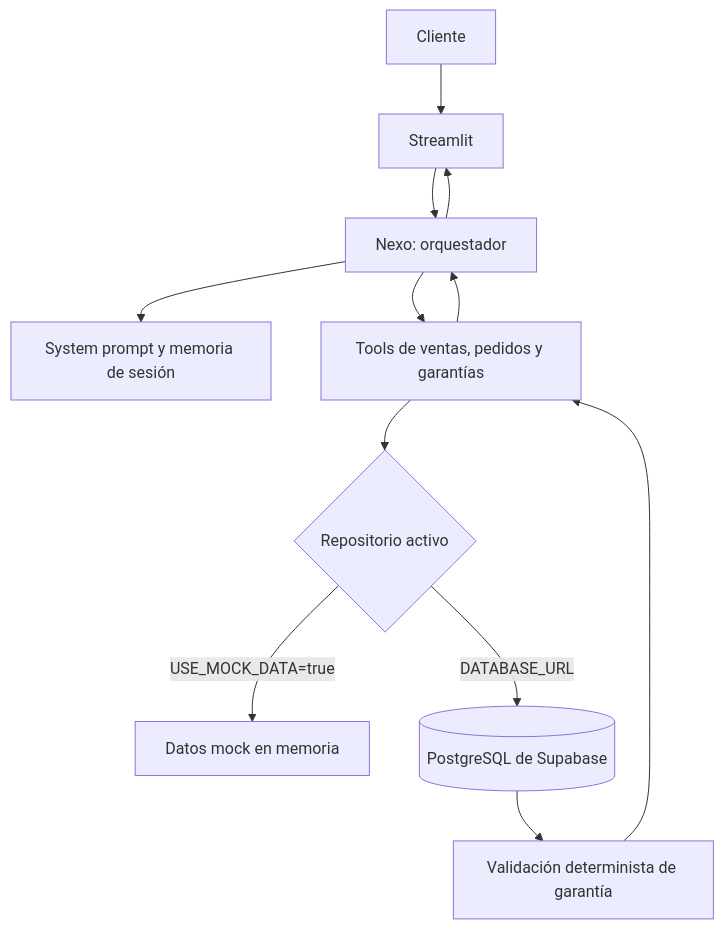
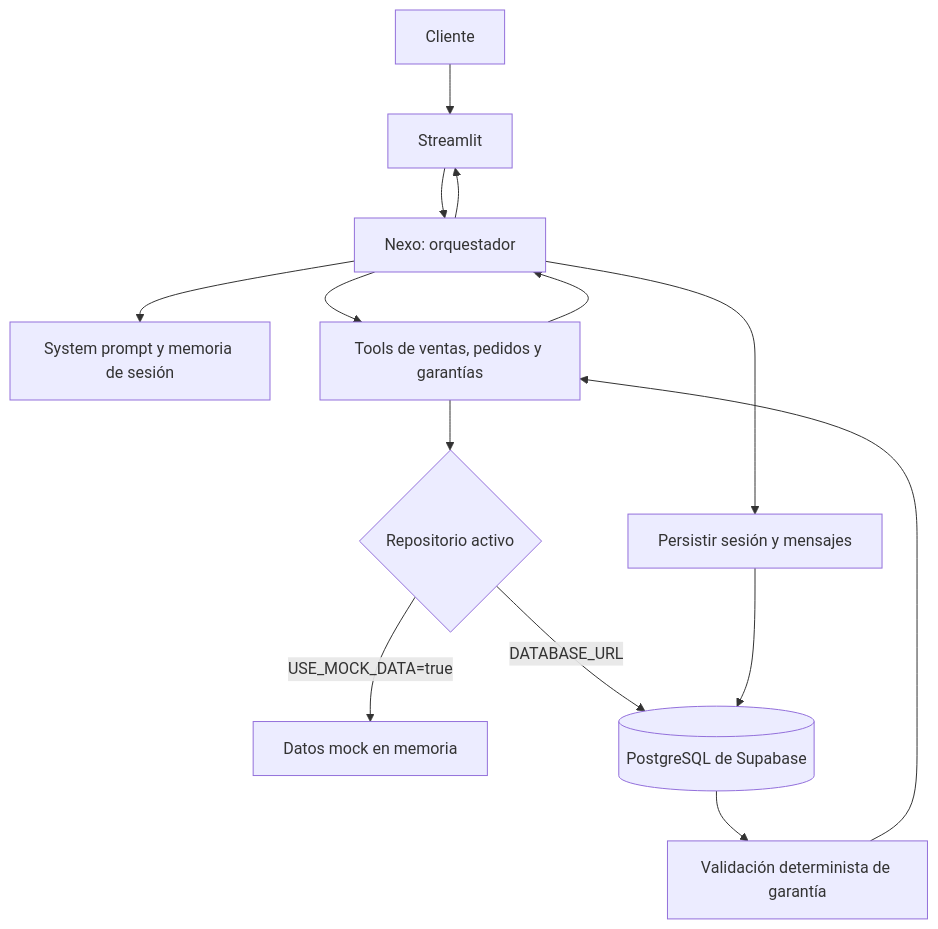
The diagram in README.md (ALicethGuerrero/retail-agent), drawn with Mermaid before and after one commit. The commit also changed other lines of this file and 21 other files, not shown here.

````diff
--- a/README.md
+++ b/README.md
@@ -49,14 +49,16 @@
 ```mermaid
 flowchart TD
 	U[Cliente] --> UI[Streamlit]
 	UI --> A[Nexo: orquestador]
 	A --> P[System prompt y memoria de sesión]
 	A --> T[Tools de ventas, pedidos y garantías]
 	T --> R{Repositorio activo}
 	R -->|USE_MOCK_DATA=true| M[Datos mock en memoria]
 	R -->|DATABASE_URL| DB[(PostgreSQL de Supabase)]
+	A --> S[Persistir sesión y mensajes]
+	S --> DB
 	DB --> W[Validación determinista de garantía]
 	W --> T
 	T --> A
 	A --> UI
 ```
````
